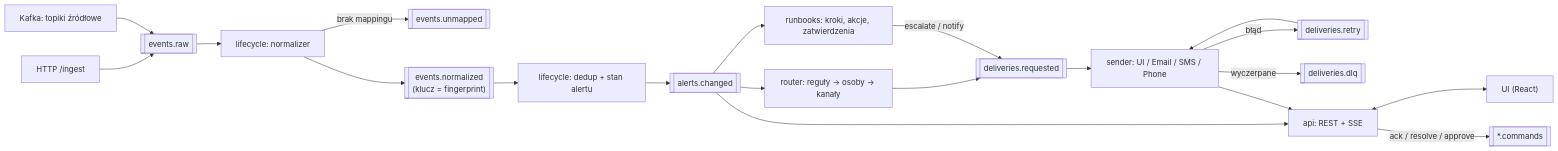
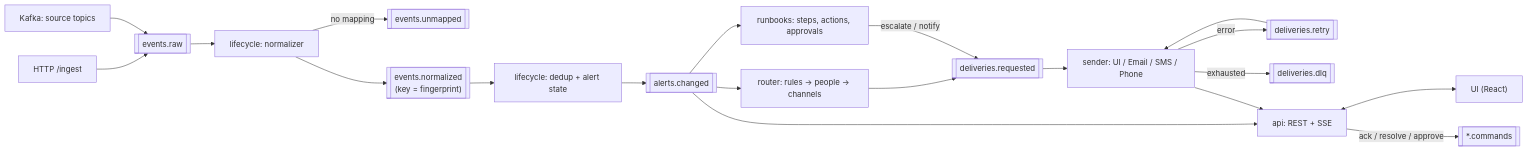
The diagram in README.md (Golden-Coders/gs-hack), drawn with Mermaid before and after one commit. The commit also changed other lines of this file, not shown here.

````diff
--- a/README.md
+++ b/README.md
@@ -35,19 +35,19 @@
 ```mermaid
 flowchart LR
     HTTP["HTTP /ingest"] --> RAW[[events.raw]]
-    KSRC["Kafka: topiki źródłowe"] --> RAW
+    KSRC["Kafka: source topics"] --> RAW
     RAW --> NORM["lifecycle: normalizer"]
-    NORM -- "brak mappingu" --> UNM[[events.unmapped]]
-    NORM --> EN[["events.normalized<br/>(klucz = fingerprint)"]]
-    EN --> DEDUP["lifecycle: dedup + stan alertu"]
+    NORM -- "no mapping" --> UNM[[events.unmapped]]
+    NORM --> EN[["events.normalized<br/>(key = fingerprint)"]]
+    EN --> DEDUP["lifecycle: dedup + alert state"]
     DEDUP --> AC[[alerts.changed]]
-    AC --> ROUTER["router: reguły → osoby → kanały"]
-    AC --> RB["runbooks: kroki, akcje, zatwierdzenia"]
+    AC --> ROUTER["router: rules → people → channels"]
+    AC --> RB["runbooks: steps, actions, approvals"]
     ROUTER --> DR[[deliveries.requested]]
     RB -- "escalate / notify" --> DR
     DR --> SENDER["sender: UI / Email / SMS / Phone"]
-    SENDER -- "błąd" --> RETRY[[deliveries.retry]] --> SENDER
-    SENDER -- "wyczerpane" --> DLQ[[deliveries.dlq]]
+    SENDER -- "error" --> RETRY[[deliveries.retry]] --> SENDER
+    SENDER -- "exhausted" --> DLQ[[deliveries.dlq]]
     AC & SENDER --> API["api: REST + SSE"] <--> UI["UI (React)"]
     API -- "ack / resolve / approve" --> CMD[[*.commands]]
 ```
````
